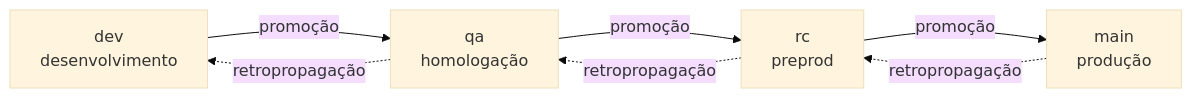
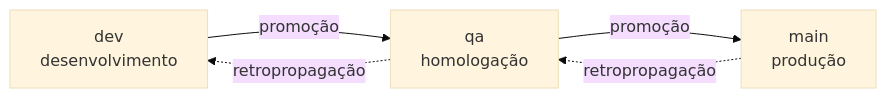
Before and after one commit to daneiel/brabo: the diagram in docs/explanation/branching-policy.md, drawn with Mermaid (base theme). The commit also changed other lines of this file and 8 other files, not shown here.

````diff
--- a/docs/explanation/branching-policy.md
+++ b/docs/explanation/branching-policy.md
@@ -37,9 +36,7 @@
 ```mermaid
 flowchart LR
   D[dev<br/>desenvolvimento] -->|promoção| Q[qa<br/>homologação]
-  Q -->|promoção| R[rc<br/>preprod]
-  R -->|promoção| M[main<br/>produção]
-  M -.->|retropropagação| R
-  R -.->|retropropagação| Q
+  Q -->|promoção| M[main<br/>produção]
+  M -.->|retropropagação| Q
   Q -.->|retropropagação| D
 ```
````
